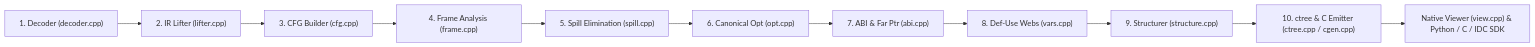
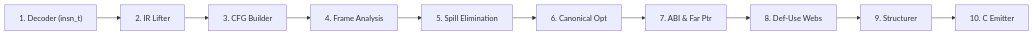
One commit to ProximaV/rl78dec changed the diagram in README.md. Above: the diagram before and after it, drawn with Mermaid. The commit also changed other lines of this file and 104 other files, not shown here.

````diff
--- a/README.md
+++ b/README.md
@@ -7,13 +7,12 @@
 ```mermaid
 flowchart LR
-    Decoder["1. Decoder (decoder.cpp)"] --> Lifter["2. IR Lifter (lifter.cpp)"]
-    Lifter --> CFG["3. CFG Builder (cfg.cpp)"]
-    CFG --> Frame["4. Frame Analysis (frame.cpp)"]
-    Frame --> Spill["5. Spill Elimination (spill.cpp)"]
-    Spill --> Opt["6. Canonical Opt (opt.cpp)"]
-    Opt --> ABI["7. ABI & Far Ptr (abi.cpp)"]
-    ABI --> Vars["8. Def-Use Webs (vars.cpp)"]
-    Vars --> Struct["9. Structurer (structure.cpp)"]
-    Struct --> CTree["10. ctree & C Emitter (ctree.cpp / cgen.cpp)"]
-    CTree --> ViewSDK["Native Viewer (view.cpp) & Python / C / IDC SDK"]
+    Decoder["1. Decoder (insn_t)"] --> Lifter["2. IR Lifter"]
+    Lifter --> CFG["3. CFG Builder"]
+    CFG --> Frame["4. Frame Analysis"]
+    Frame --> Spill["5. Spill Elimination"]
+    Spill --> Opt["6. Canonical Opt"]
+    Opt --> ABI["7. ABI & Far Ptr"]
+    ABI --> Vars["8. Def-Use Webs"]
+    Vars --> Struct["9. Structurer"]
+    Struct --> CGen["10. C Emitter"]
 ```
````
